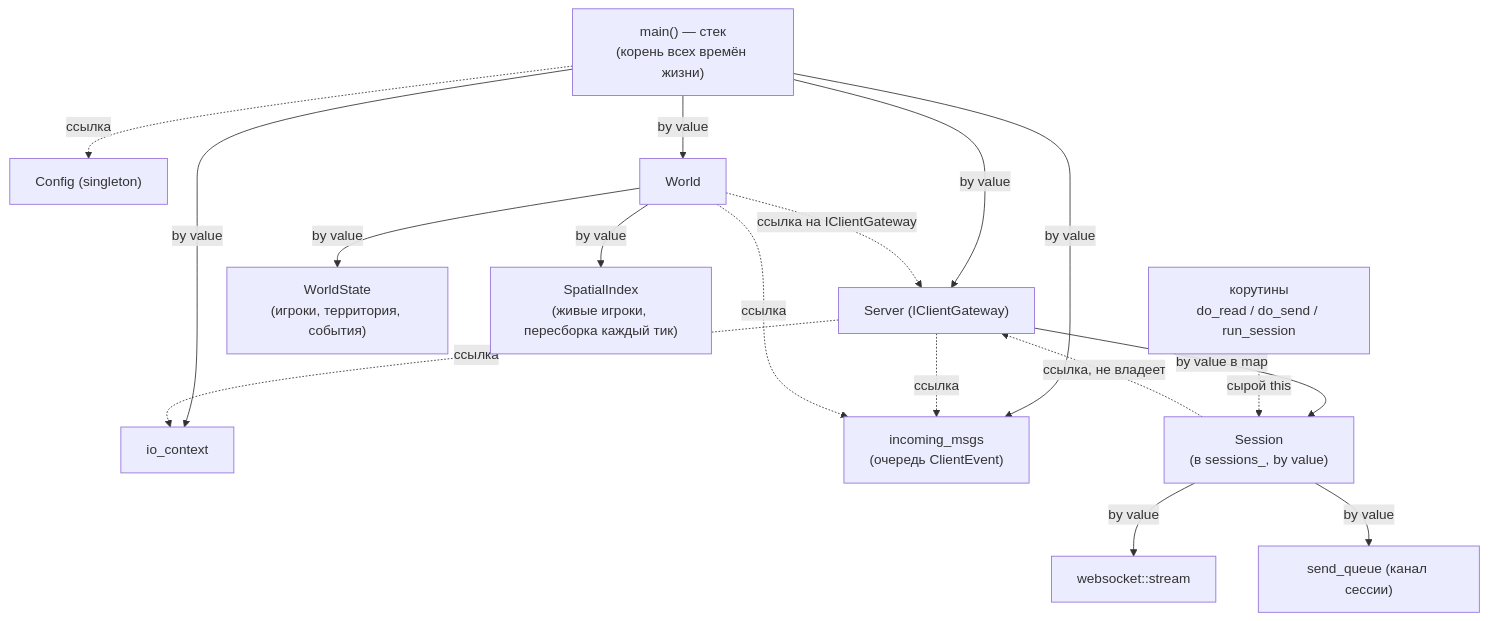
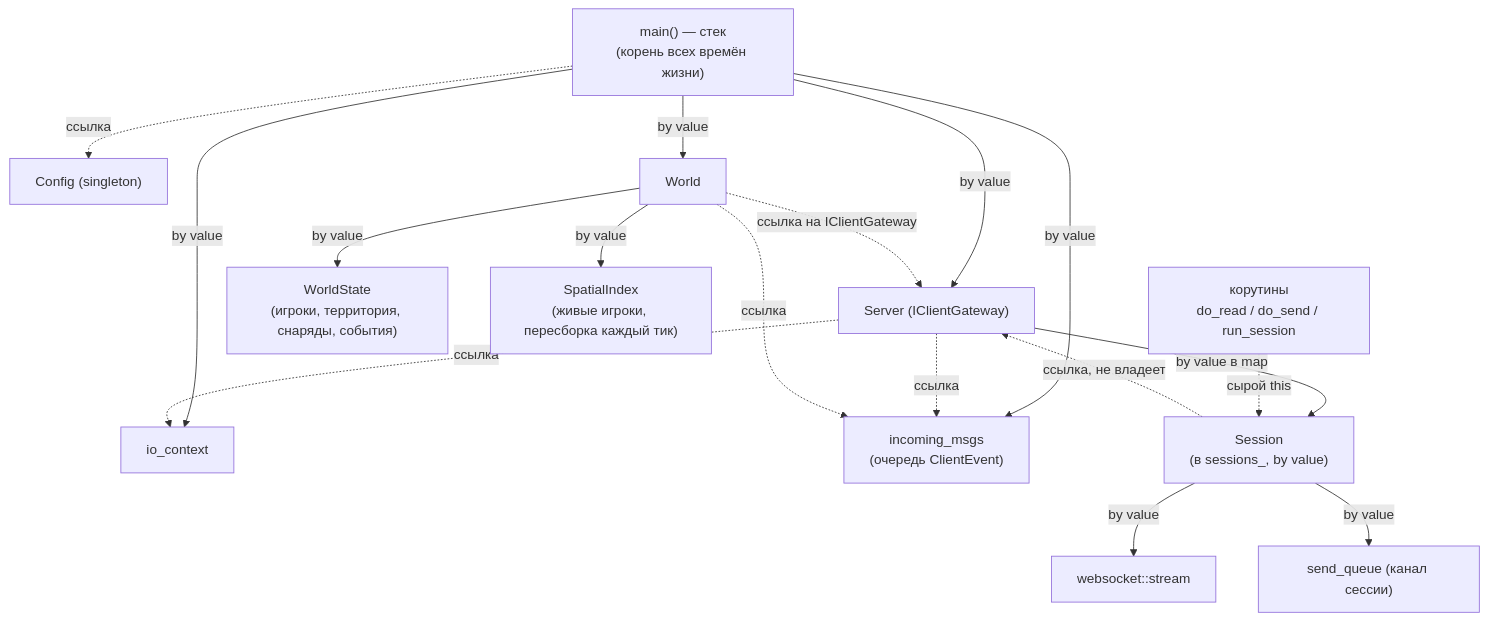
One commit to litcxx/Game changed the diagram in server/docs/ownership-map.md. Above: the diagram before and after it, drawn with Mermaid. The commit also changed other lines of this file and 6 other files, not shown here.

````diff
--- a/server/docs/ownership-map.md
+++ b/server/docs/ownership-map.md
@@ -16,35 +16,35 @@
 ```mermaid
 flowchart TD
     main["main() — стек<br/>(корень всех времён жизни)"]
     cfg["Config (singleton)"]
     io["io_context"]
     q["incoming_msgs<br/>(очередь ClientEvent)"]
     srv["Server (IClientGateway)"]
     world["World"]
-    wstate["WorldState<br/>(игроки, территория, события)"]
+    wstate["WorldState<br/>(игроки, территория, снаряды, события)"]
     sindex["SpatialIndex<br/>(живые игроки, пересборка каждый тик)"]
     sess["Session<br/>(в sessions_, by value)"]
     sock["websocket::stream"]
     ch["send_queue (канал сессии)"]
     coro["корутины<br/>do_read / do_send / run_session"]
 
     main -->|by value| io
     main -->|by value| q
     main -->|by value| srv
     main -->|by value| world
     main -.->|ссылка| cfg
 
     srv -->|by value в map| sess
     sess -->|by value| sock
     sess -->|by value| ch
     srv -.->|ссылка| q
     srv -.->|ссылка| io
 
     world -->|by value| wstate
     world -->|by value| sindex
     world -.->|ссылка| q
     world -.->|ссылка на IClientGateway| srv
 
     sess -.->|ссылка, не владеет| srv
     coro -.->|сырой this| sess
 ```
````
